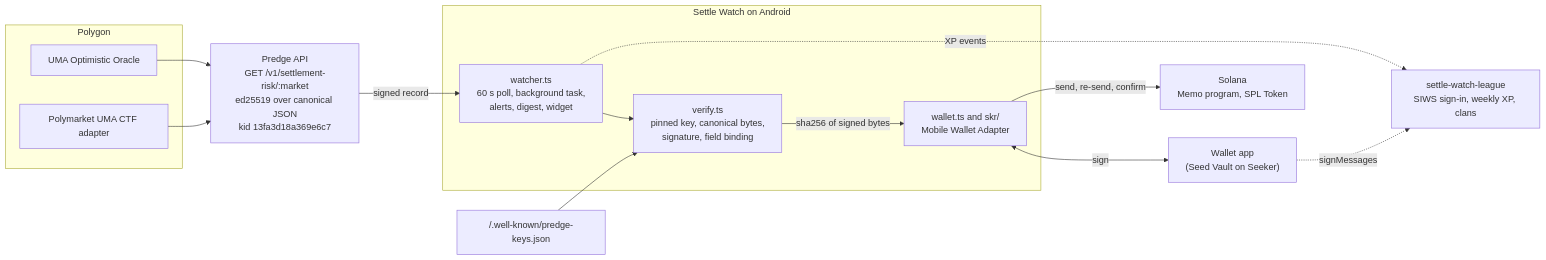
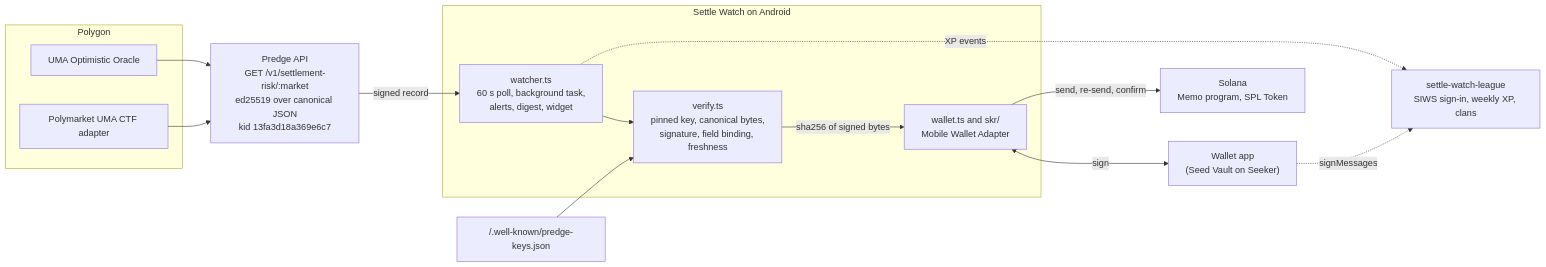
The diagram in README.md (predgeAI/predge-settle-watch), drawn with Mermaid before and after one commit. The commit also changed other lines of this file and 5 other files, not shown here.

````diff
--- a/README.md
+++ b/README.md
@@ -95,26 +95,26 @@
 ```mermaid
 flowchart LR
   subgraph Polygon
     OO[UMA Optimistic Oracle]
     AD[Polymarket UMA CTF adapter]
   end
   API["Predge API<br/>GET /v1/settlement-risk/:market<br/>ed25519 over canonical JSON<br/>kid 13fa3d18a369e6c7"]
   KEYS["/.well-known/predge-keys.json"]
   subgraph Phone["Settle Watch on Android"]
     W["watcher.ts<br/>60 s poll, background task,<br/>alerts, digest, widget"]
-    V["verify.ts<br/>pinned key, canonical bytes,<br/>signature, field binding"]
+    V["verify.ts<br/>pinned key, canonical bytes,<br/>signature, field binding, freshness"]
     MWA["wallet.ts and skr/<br/>Mobile Wallet Adapter"]
   end
   WALLET["Wallet app<br/>(Seed Vault on Seeker)"]
   SOL["Solana<br/>Memo program, SPL Token"]
   LG["settle-watch-league<br/>SIWS sign-in, weekly XP, clans"]
   OO --> API
   AD --> API
   API -->|signed record| W --> V
   KEYS --> V
   V -->|sha256 of signed bytes| MWA
   MWA <-->|sign| WALLET
   MWA -->|send, re-send, confirm| SOL
   W -.->|XP events| LG
   WALLET -.->|signMessages| LG
 ```
````
